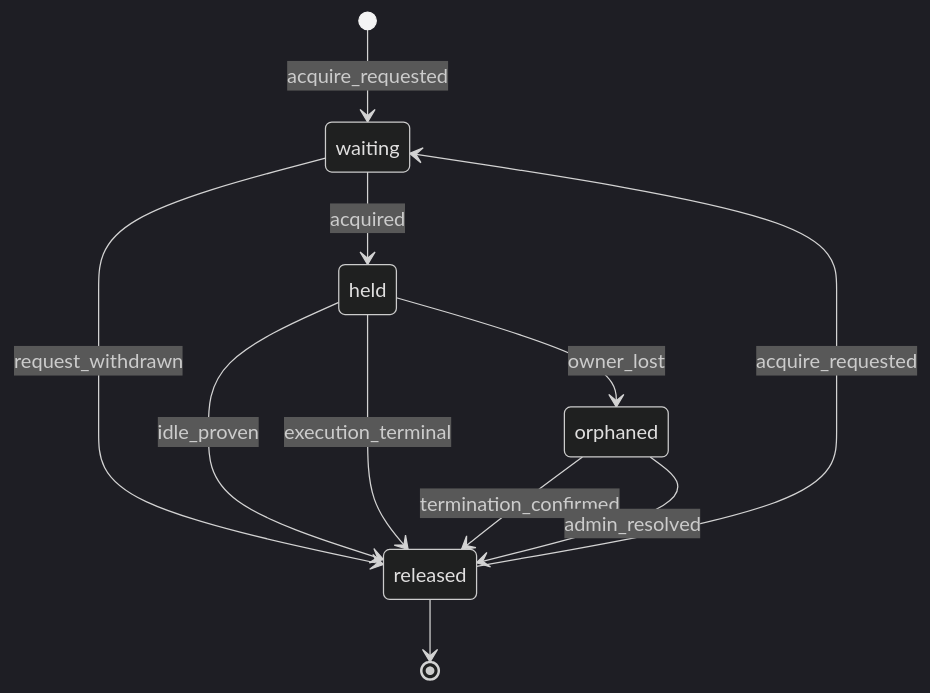
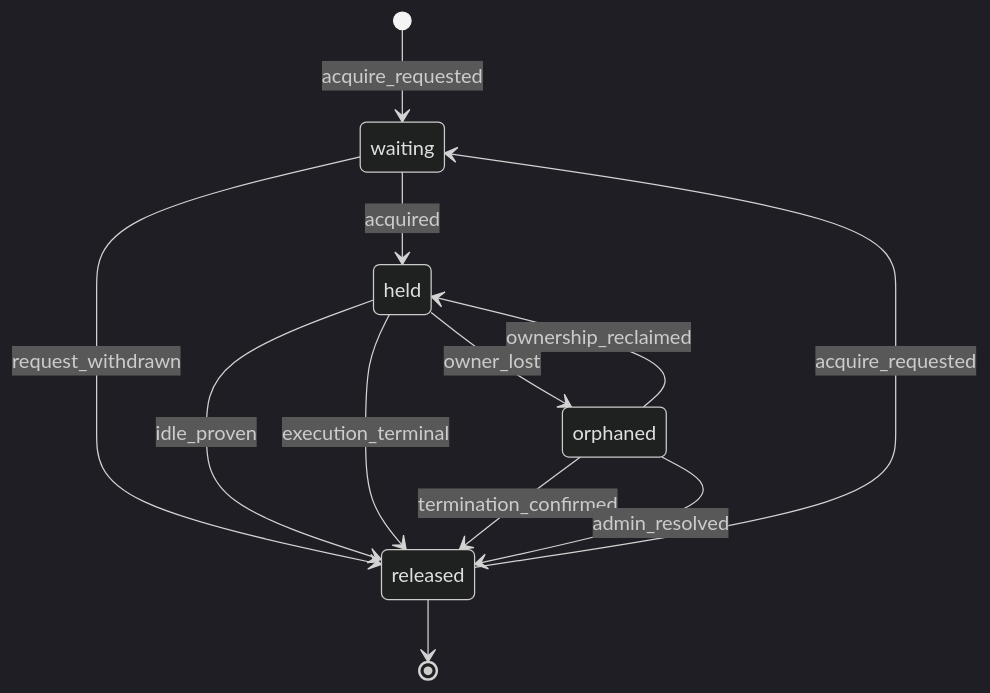
The fourth of 6 diagrams in docs/design/execution.md (Fenicu/canterlot), drawn with Mermaid (dark theme) before and after one commit. The commit also changed other lines of this file and 3 other files, not shown here.

````diff
--- a/docs/design/execution.md
+++ b/docs/design/execution.md
@@ -227,13 +229,14 @@
 ```mermaid
 stateDiagram-v2
     [*] --> waiting: acquire_requested
     waiting --> held: acquired
     waiting --> released: request_withdrawn
     held --> released: idle_proven
     held --> released: execution_terminal
     held --> orphaned: owner_lost
     orphaned --> released: termination_confirmed
     orphaned --> released: admin_resolved
+    orphaned --> held: ownership_reclaimed
     released --> waiting: acquire_requested
     released --> [*]
 ```
````
